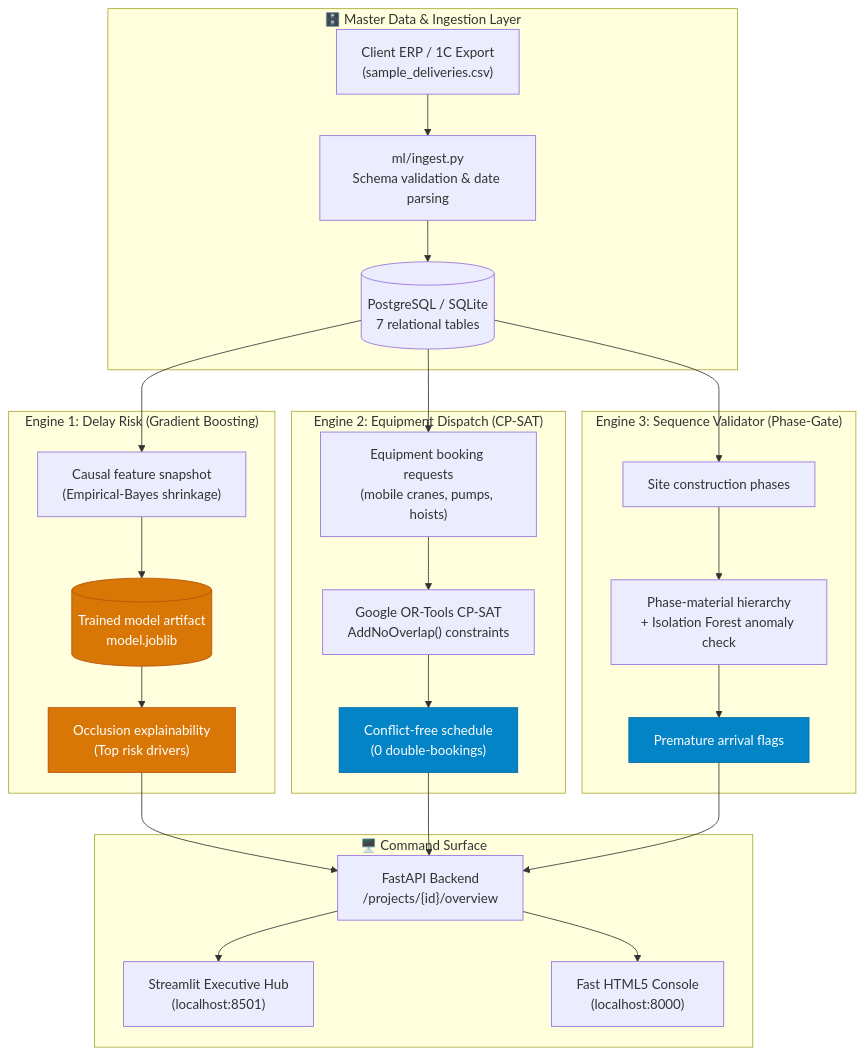
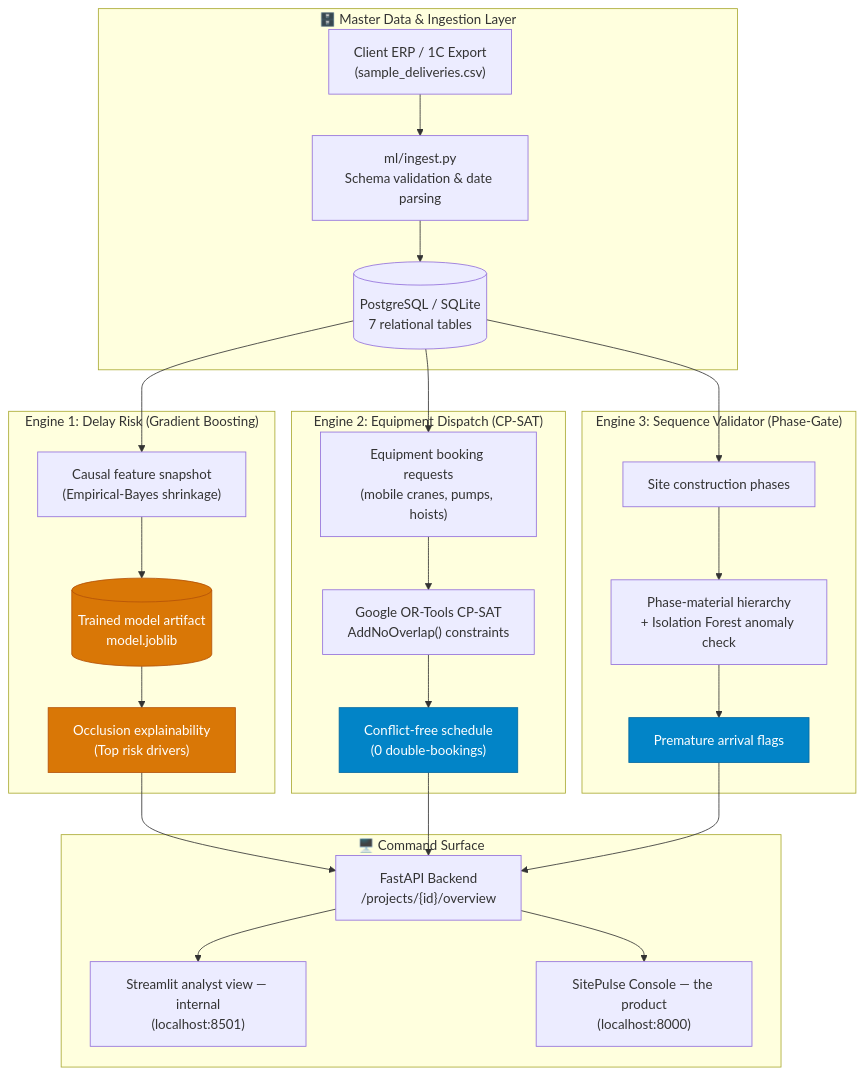
The diagram in README.md (shokkanuly/delivery-delay), drawn with Mermaid before and after one commit. The commit also changed other lines of this file and 27 other files, not shown here.

First line of the commit message:
Implement architecture review: aligned model, auth, DB workspaces, routers

````diff
--- a/README.md
+++ b/README.md
@@ -102,43 +102,43 @@
 ```mermaid
 flowchart TB
     subgraph DATA["🗄️ Master Data & Ingestion Layer"]
         ERP["Client ERP / 1C Export<br/>(sample_deliveries.csv)"]
         INGEST["ml/ingest.py<br/>Schema validation & date parsing"]
         DB[("PostgreSQL / SQLite<br/>7 relational tables")]
         ERP --> INGEST --> DB
     end
 
     subgraph E1["Engine 1: Delay Risk (Gradient Boosting)"]
         FEAT["Causal feature snapshot<br/>(Empirical-Bayes shrinkage)"]
         MOD[("Trained model artifact<br/>model.joblib")]
         OCCL["Occlusion explainability<br/>(Top risk drivers)"]
         DB --> FEAT --> MOD --> OCCL
     end
 
     subgraph E2["Engine 2: Equipment Dispatch (CP-SAT)"]
         SLOTS["Equipment booking requests<br/>(mobile cranes, pumps, hoists)"]
         SOLV["Google OR-Tools CP-SAT<br/>AddNoOverlap() constraints"]
         RES["Conflict-free schedule<br/>(0 double-bookings)"]
         DB --> SLOTS --> SOLV --> RES
     end
 
     subgraph E3["Engine 3: Sequence Validator (Phase-Gate)"]
         PHASE["Site construction phases"]
         RULES["Phase-material hierarchy<br/>+ Isolation Forest anomaly check"]
         GATE["Premature arrival flags"]
         DB --> PHASE --> RULES --> GATE
     end
 
     subgraph UI["🖥️ Command Surface"]
         API["FastAPI Backend<br/>/projects/{id}/overview"]
-        ST["Streamlit Executive Hub<br/>(localhost:8501)"]
-        HTML["Fast HTML5 Console<br/>(localhost:8000)"]
+        ST["Streamlit analyst view — internal<br/>(localhost:8501)"]
+        HTML["SitePulse Console — the product<br/>(localhost:8000)"]
         OCCL & RES & GATE --> API
         API --> ST & HTML
     end
 
     classDef g fill:#0284C7,stroke:#0369A1,color:#FFFFFF;
     classDef e fill:#D97706,stroke:#B45309,color:#FFFFFF;
     class RES,GATE g;
     class OCCL,MOD e;
 ```
````
